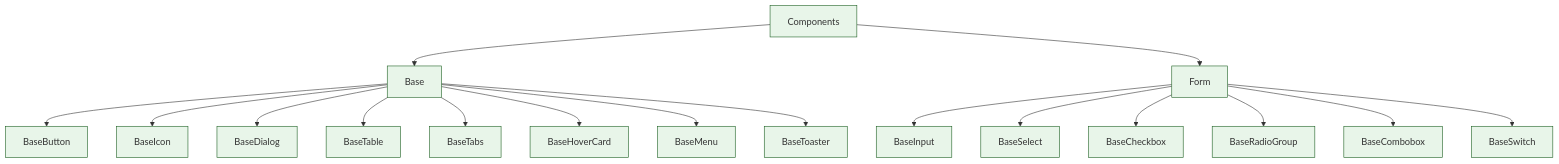
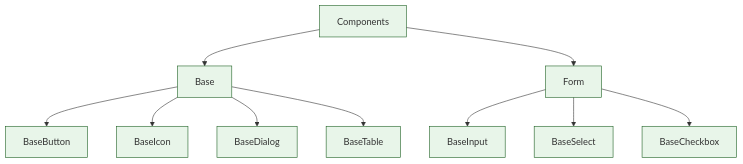
Before and after one commit to vuesence/alt-ui: the third of 4 diagrams in docs/overview.md, drawn with Mermaid. The commit also changed other lines of this file and 16 other files, not shown here.

````diff
--- a/docs/overview.md
+++ b/docs/overview.md
@@ -59,43 +57,29 @@
 ```mermaid
 graph TD
     Components[Components]
     Base[Base]
     Form[Form]
     
     Components --> Base
     Components --> Form
     
     Base --> Button[BaseButton]
     Base --> Icon[BaseIcon]
     Base --> Dialog[BaseDialog]
     Base --> Table[BaseTable]
-    Base --> Tabs[BaseTabs]
-    Base --> HoverCard[BaseHoverCard]
-    Base --> Menu[BaseMenu]
-    Base --> Toaster[BaseToaster]
     
     Form --> Input[BaseInput]
     Form --> Select[BaseSelect]
     Form --> Checkbox[BaseCheckbox]
-    Form --> RadioGroup[BaseRadioGroup]
-    Form --> ComboBox[BaseCombobox]
-    Form --> Switch[BaseSwitch]
 
     style Components fill:#e8f5e9,stroke:#1b5e20
     style Base fill:#e8f5e9,stroke:#1b5e20
     style Form fill:#e8f5e9,stroke:#1b5e20
     style Button fill:#e8f5e9,stroke:#1b5e20
     style Icon fill:#e8f5e9,stroke:#1b5e20
     style Dialog fill:#e8f5e9,stroke:#1b5e20
     style Table fill:#e8f5e9,stroke:#1b5e20
-    style Tabs fill:#e8f5e9,stroke:#1b5e20
-    style HoverCard fill:#e8f5e9,stroke:#1b5e20
-    style Menu fill:#e8f5e9,stroke:#1b5e20
-    style Toaster fill:#e8f5e9,stroke:#1b5e20
     style Input fill:#e8f5e9,stroke:#1b5e20
     style Select fill:#e8f5e9,stroke:#1b5e20
     style Checkbox fill:#e8f5e9,stroke:#1b5e20
-    style RadioGroup fill:#e8f5e9,stroke:#1b5e20
-    style ComboBox fill:#e8f5e9,stroke:#1b5e20
-    style Switch fill:#e8f5e9,stroke:#1b5e20
 ```
````
